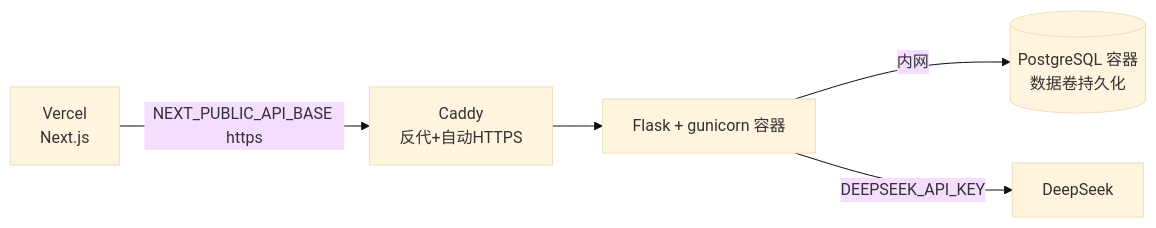
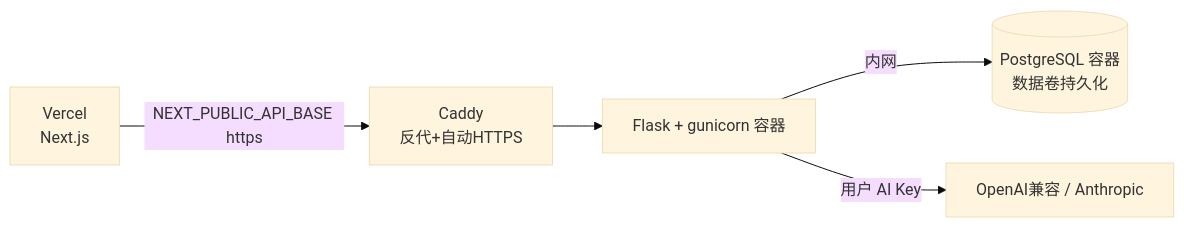
One commit to YNT37/vita changed the second of 2 diagrams in docs/ARCHITECTURE.md. Above: the diagram before and after it, drawn with Mermaid (base theme). The commit also changed other lines of this file and 13 other files, not shown here.

````diff
--- a/docs/ARCHITECTURE.md
+++ b/docs/ARCHITECTURE.md
@@ -89,7 +94,7 @@
 ```mermaid
 flowchart LR
   V[Vercel\nNext.js] -->|NEXT_PUBLIC_API_BASE https| C[Caddy\n反代+自动HTTPS]
   C --> BE[Flask + gunicorn 容器]
   BE -->|内网| PG[(PostgreSQL 容器\n数据卷持久化)]
-  BE -->|DEEPSEEK_API_KEY| DS[DeepSeek]
+  BE -->|用户 AI Key| AI[OpenAI兼容 / Anthropic]
 ```
````
